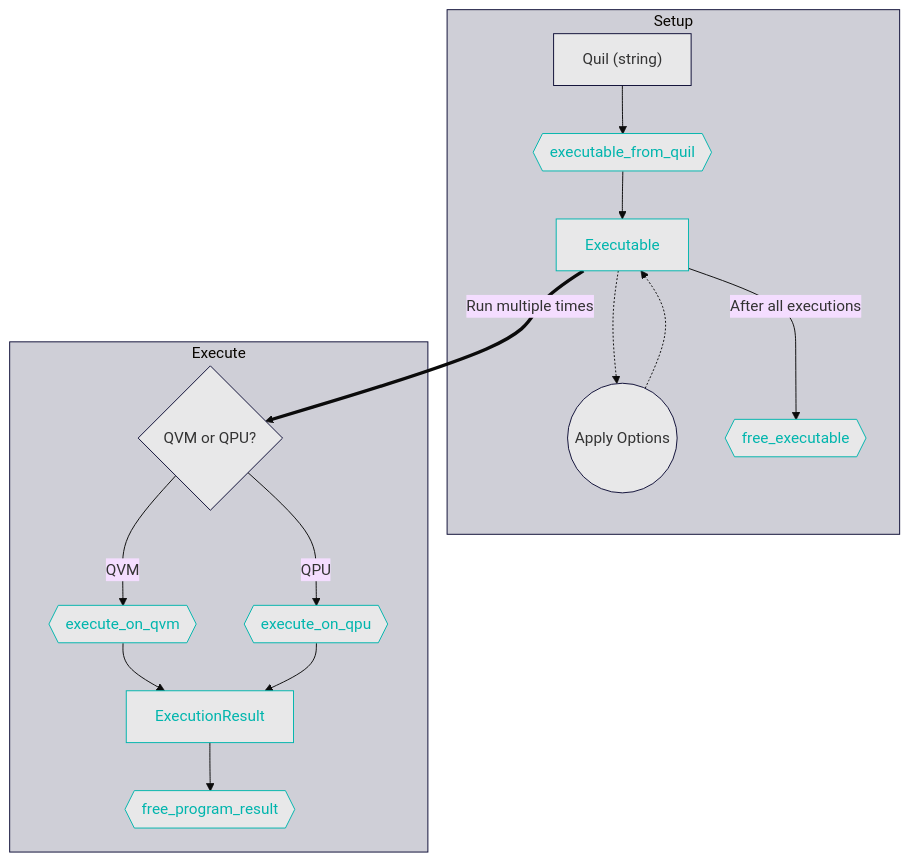
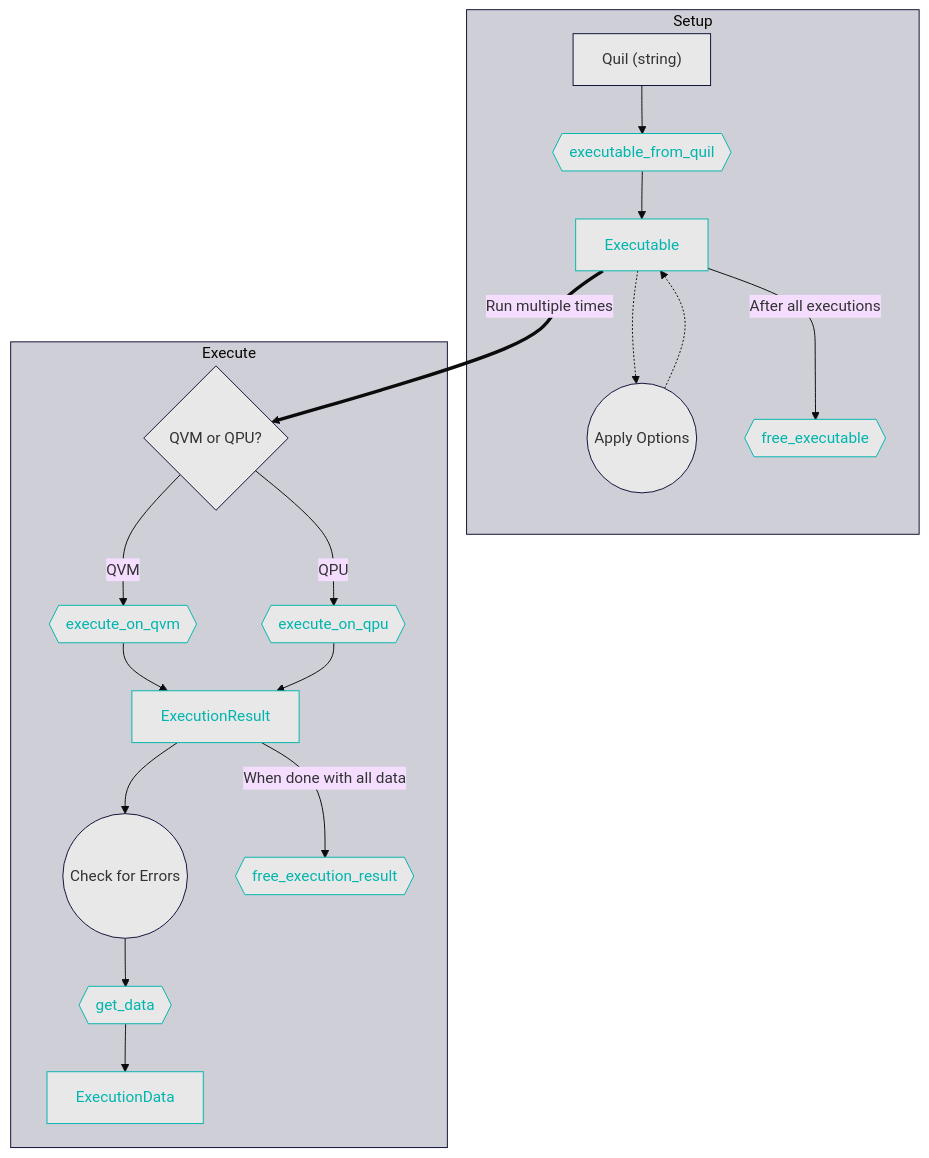
The diagram in book/src/getting_started.md (rigetti/qcs-sdk-rust), drawn with Mermaid (base theme) before and after one commit. The commit also changed other lines of this file and 12 other files, not shown here.

````diff
--- a/book/src/getting_started.md
+++ b/book/src/getting_started.md
@@ -7,36 +7,40 @@
 ```mermaid
 graph TD
     classDef clickable color:#00b5ad,stroke:#00b5ad,fill:#e8e8e9
     classDef default stroke:#0d0d36,fill:#e8e8e9
     
     subgraph Setup
         quil["Quil (string)"] --> exe_fn{{executable_from_quil}} --> Executable
         click exe_fn "/api/executeable_from_quil.html"
         click Executable "/api/executable.html"
         Executable -.-> config((Apply Options)) -.-> Executable
         Executable --After all executions--> free_executable{{free_executable}}
         click free_executable "/api/free_executable.html"
         
         class exefn,Executable clickable
     end
     style Setup fill:#cfcfd7,stroke:#0d0d36
 
     Executable ==Run multiple times==> qvm_or_qpu{QVM or QPU?}
     
     subgraph Execute
         qvm_or_qpu --QVM--> execute_on_qvm{{execute_on_qvm}}
         click execute_on_qvm "/api/execute_on_qvm.html"
         qvm_or_qpu --QPU--> execute_on_qpu{{execute_on_qpu}}
         click execute_on_qpu "/api/execute_on_qpu.html"
         
         execute_on_qvm --> ExecutionResult
         execute_on_qpu --> ExecutionResult
-        ExecutionResult --> free_program_result{{free_program_result}}
         click ExecutionResult "/api/execution_result.html"
-        click free_program_result "/api/free_program_result.html"
+        ExecutionResult --> check_for_errors((Check for Errors))
+        --> get_data{{get_data}}
+        --> ExecutionData
+        click get_data "/api/get_data.html"
+        click ExecutionData "/api/execution_data.html"
+        ExecutionResult --When done with all data--> free_program_result{{free_execution_result}}
+        click free_program_result "/api/free_execution_result.html"
         
-        class execute_on_qvm,execute_on_qpu,ProgramResult,free_program_result clickable
     end
     style Execute fill:#cfcfd7,stroke:#0d0d36
     
 ```
````
